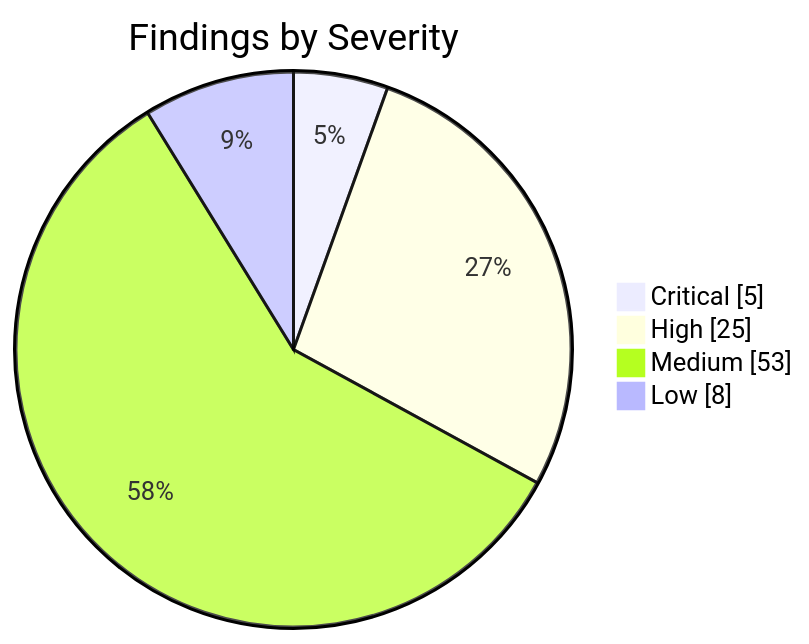
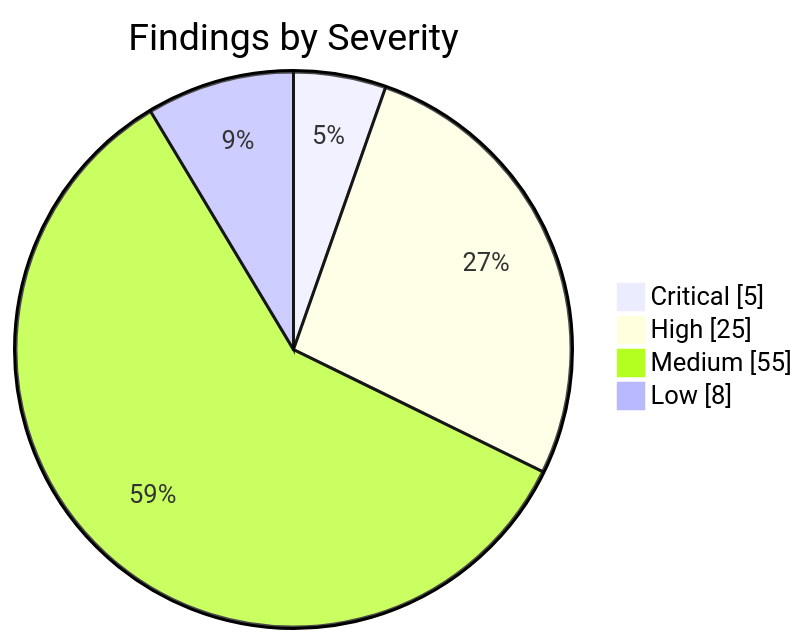
One commit to KBVE/kbve changed the first of 2 diagrams in apps/kbve/astro-kbve/src/content/docs/dashboard/security.mdx. Above: the diagram before and after it, drawn with Mermaid. The commit also changed other lines of this file and 8 other files, not shown here.

````diff
--- a/apps/kbve/astro-kbve/src/content/docs/dashboard/security.mdx
+++ b/apps/kbve/astro-kbve/src/content/docs/dashboard/security.mdx
@@ -62,8 +62,8 @@
 ```mermaid
 pie showData
     title Findings by Severity
     "Critical" : 5
     "High" : 25
-    "Medium" : 53
+    "Medium" : 55
     "Low" : 8
 ```
````
